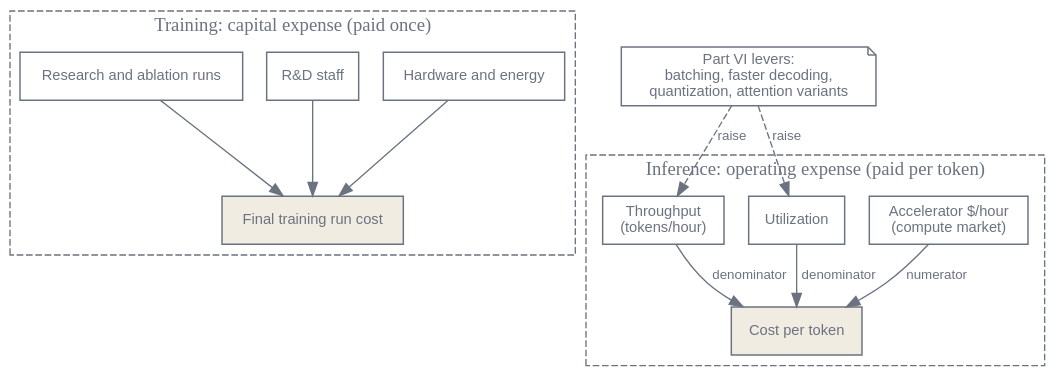
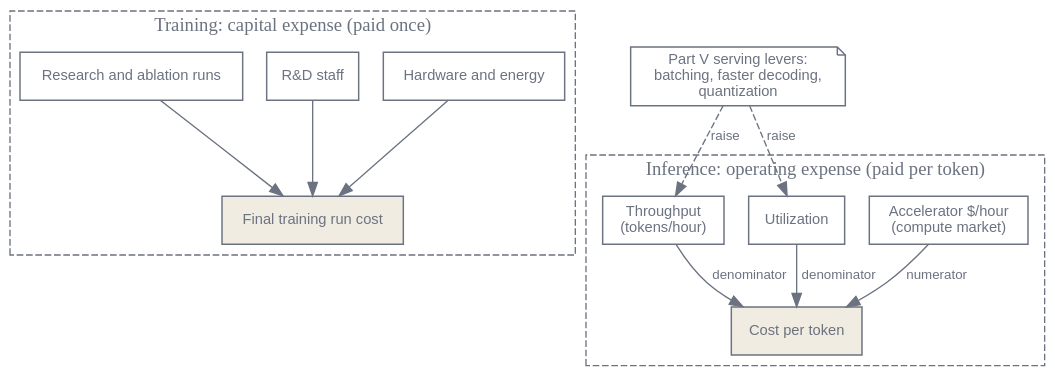
Before and after one commit to latere-ai/ai-as-an-infrastructure: the first of 2 diagrams in en/ecosystem/03-economics.qmd, drawn with Graphviz. The commit also changed other lines of this file and 3 other files, not shown here.

Commit message:
practice: fix serving part references

````diff
--- a/en/ecosystem/03-economics.qmd
+++ b/en/ecosystem/03-economics.qmd
@@ -73,42 +74,42 @@
 ```{dot}
 //| label: fig-economics-cost-structures
 //| fig-cap: "The two cost structures decomposed. Training is a sum of one-time parts paid before any value returns. Inference is a per-token ratio, and the denominator is what the serving stack attacks."
 digraph cost_structures {
   bgcolor="transparent";
   rankdir=TB;
   node [shape=box, fontname="Helvetica", fontsize=11, color="#6b7280", fontcolor="#6b7280", penwidth=1.1];
   edge [fontname="Helvetica", fontsize=10, color="#6b7280", fontcolor="#6b7280"];
 
   subgraph cluster_capex {
     label="Training: capital expense (paid once)";
     style=dashed;
     color="#6b7280";
     fontcolor="#6b7280";
     train [label="Final training run cost", shape=box, style=filled, fillcolor="#f1ece1"];
     hw [label="Hardware and energy"];
     rnd [label="R&D staff"];
     abl [label="Research and ablation runs"];
     hw -> train;
     rnd -> train;
     abl -> train;
   }
 
   subgraph cluster_opex {
     label="Inference: operating expense (paid per token)";
     style=dashed;
     color="#6b7280";
     fontcolor="#6b7280";
     unit [label="Cost per token", shape=box, style=filled, fillcolor="#f1ece1"];
     price [label="Accelerator $/hour\n(compute market)"];
     thr [label="Throughput\n(tokens/hour)"];
     util [label="Utilization"];
     price -> unit [label="numerator"];
     thr -> unit [label="denominator"];
     util -> unit [label="denominator"];
   }
 
-  lever [label="Part VI levers:\nbatching, faster decoding,\nquantization, attention variants", shape=note];
+  lever [label="Part V serving levers:\nbatching, faster decoding,\nquantization", shape=note];
   lever -> thr [style=dashed, label="raise"];
   lever -> util [style=dashed, label="raise"];
 }
 ```
````
